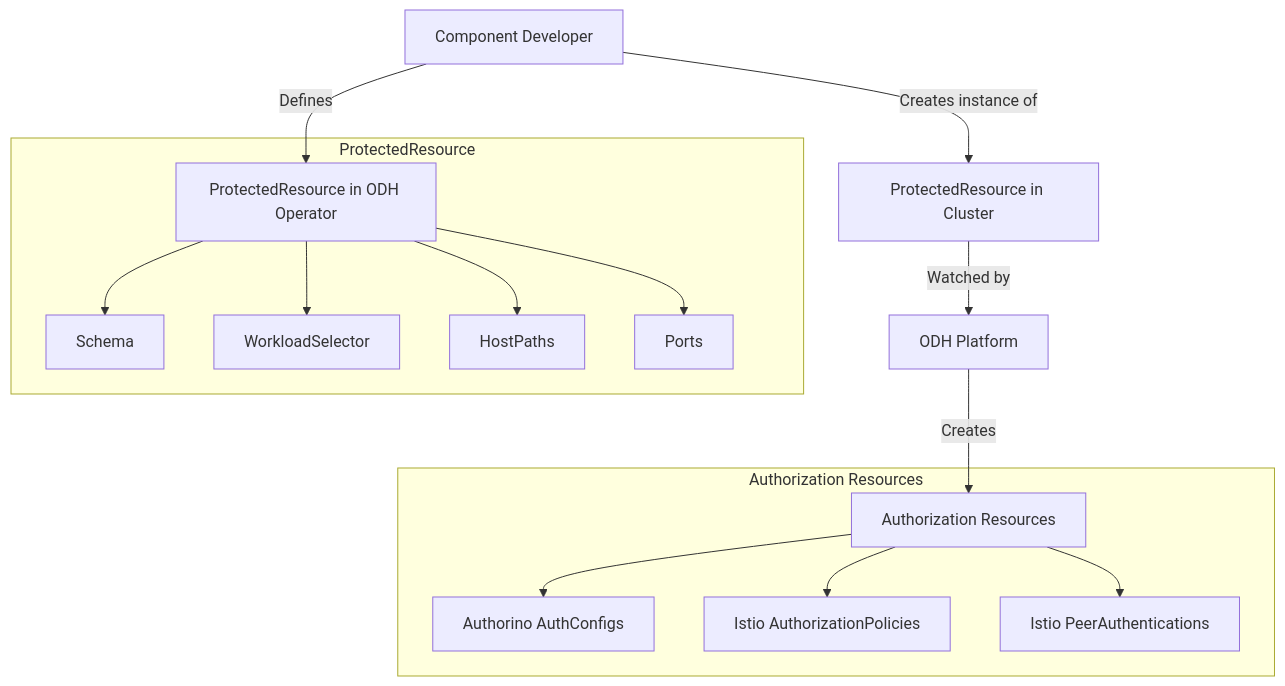
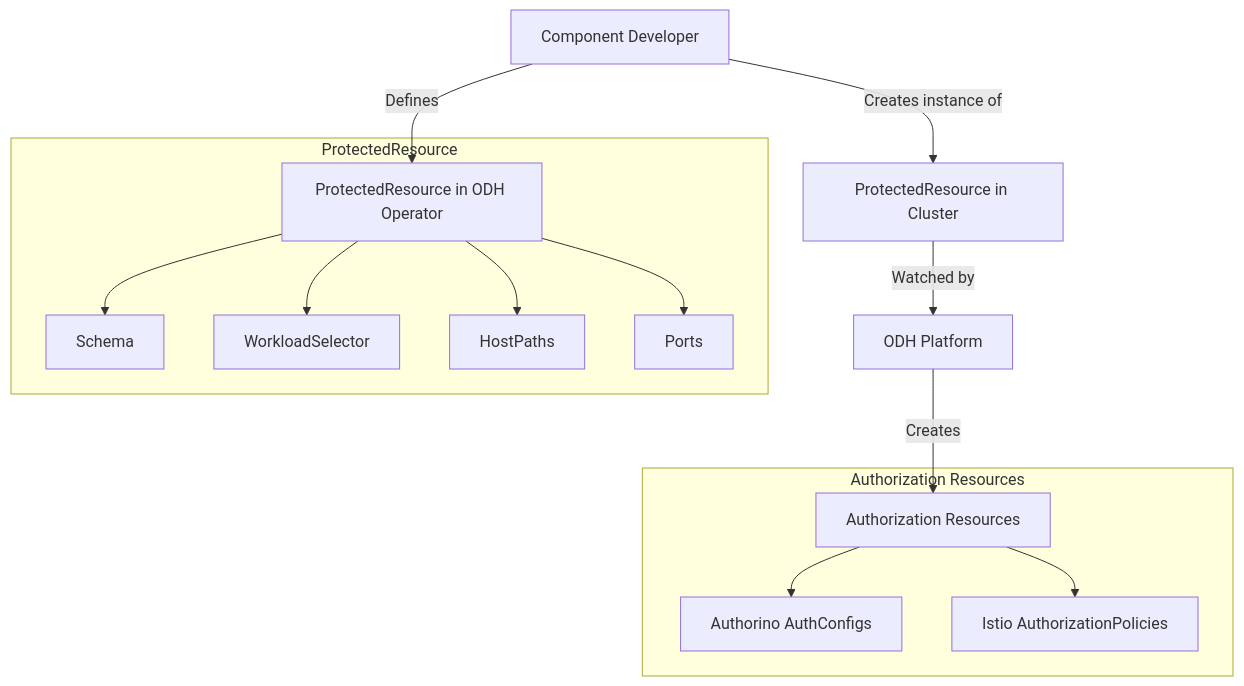
The second of 2 diagrams in README.md (maistra/odh-platform), drawn with Mermaid before and after one commit. The commit also changed other lines of this file and 1 other file, not shown here.

Commit message:
fixup: missed watch and docs in peer auth removal (#54)

````diff
--- a/README.md
+++ b/README.md
@@ -23,25 +22,23 @@
 ```mermaid
 graph TD
 A[Component Developer] -->|Defines| B[ProtectedResource in ODH Operator]
 subgraph ProtectedResource
 B1[Schema]
 B2[WorkloadSelector]
 B3[HostPaths]
 B4[Ports]
 B --> B1
 B --> B2
 B --> B3
 B --> B4
 end
 A -->|Creates instance of| C[ProtectedResource in Cluster]
 C -->|Watched by| D[ODH Platform]
 D -->|Creates| E[Authorization Resources]
 subgraph Authorization Resources
 E1[Authorino AuthConfigs]
 E2[Istio AuthorizationPolicies]
-E3[Istio PeerAuthentications]
 E --> E1
 E --> E2
-E --> E3
 end
 ```
````
